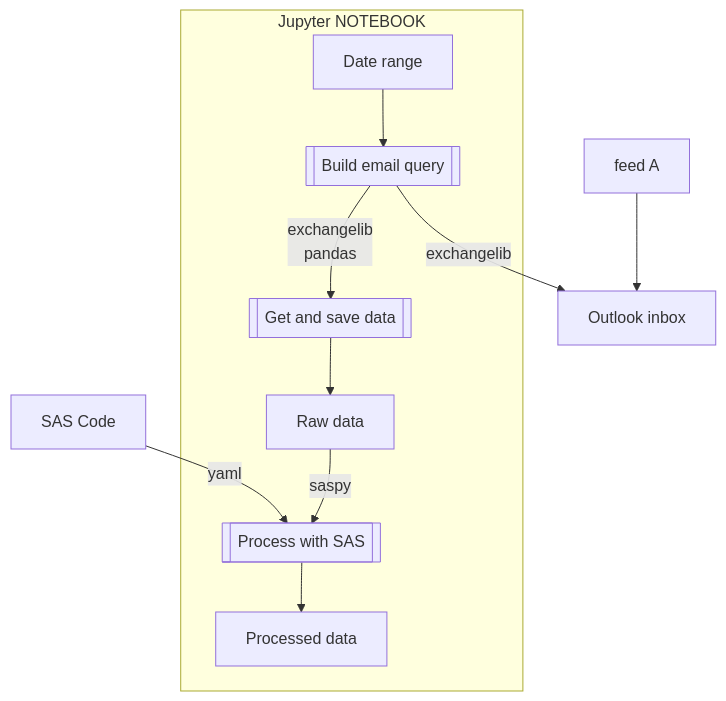
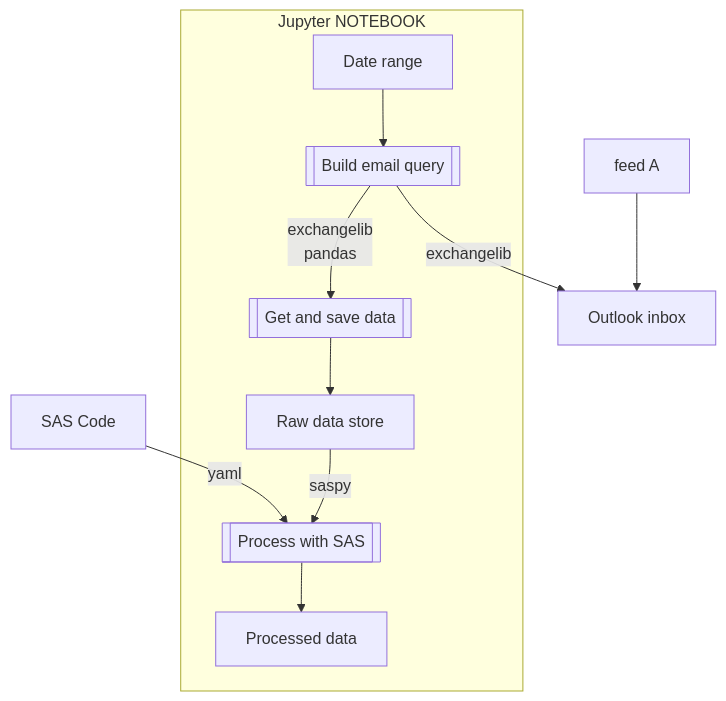
One commit to shriv/shriv-portfolio changed the fourth of 6 diagrams in content/post/rap-public-sector/index.md. Above: the diagram before and after it, drawn with Mermaid. The commit also changed other lines of this file, not shown here.

```diff
--- a/content/post/rap-public-sector/index.md
+++ b/content/post/rap-public-sector/index.md
@@ -110,14 +121,14 @@
 {{< mermaid align="left" theme="neutral" >}}
 graph TD
 f[feed A] --> e[Outlook inbox]
 beq --> |exchangelib| e
 sc[SAS Code] --> |yaml| pws
 
 subgraph Jupyter NOTEBOOK
 	dr[Date range] --> beq[[Build email query]]
 	beq --> |exchangelib <br> pandas|gsd[[Get and save data]]
-	gsd --> rd[Raw data]
+	gsd --> rd[Raw data store]
 	rd --> |saspy| pws[[Process with SAS]]
 	pws --> pd[Processed data]
 end
 {{< /mermaid >}}
```
